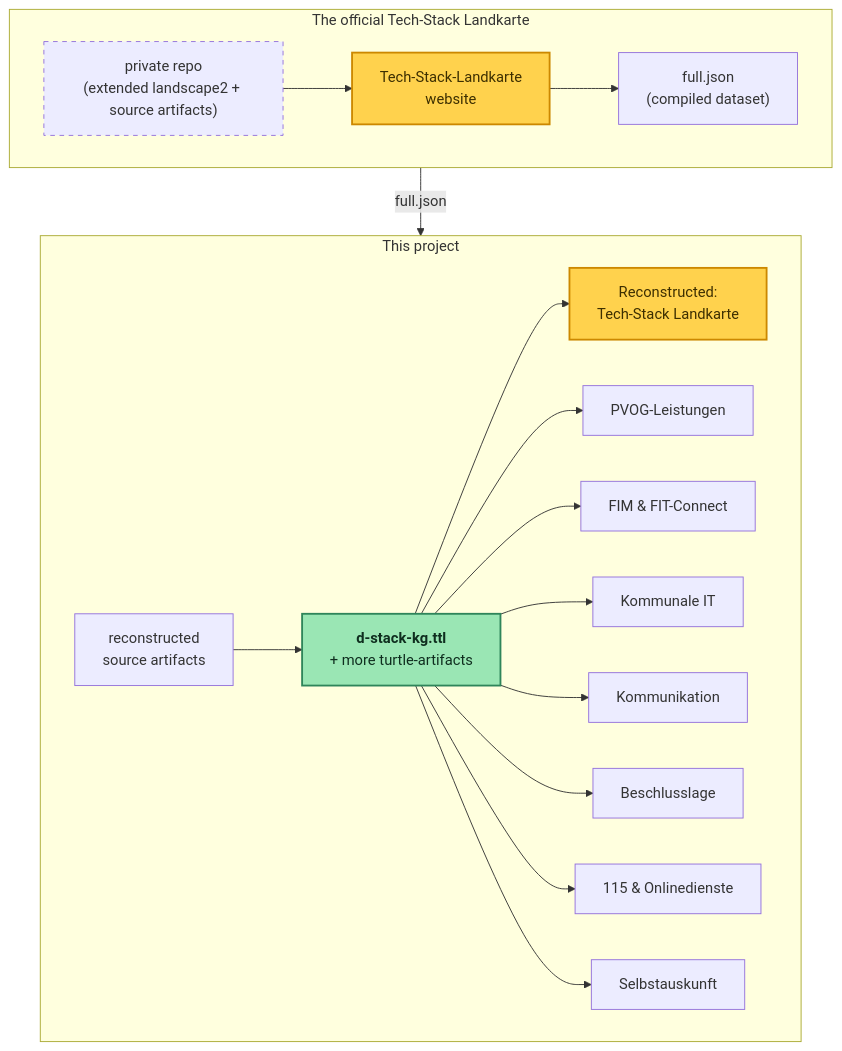
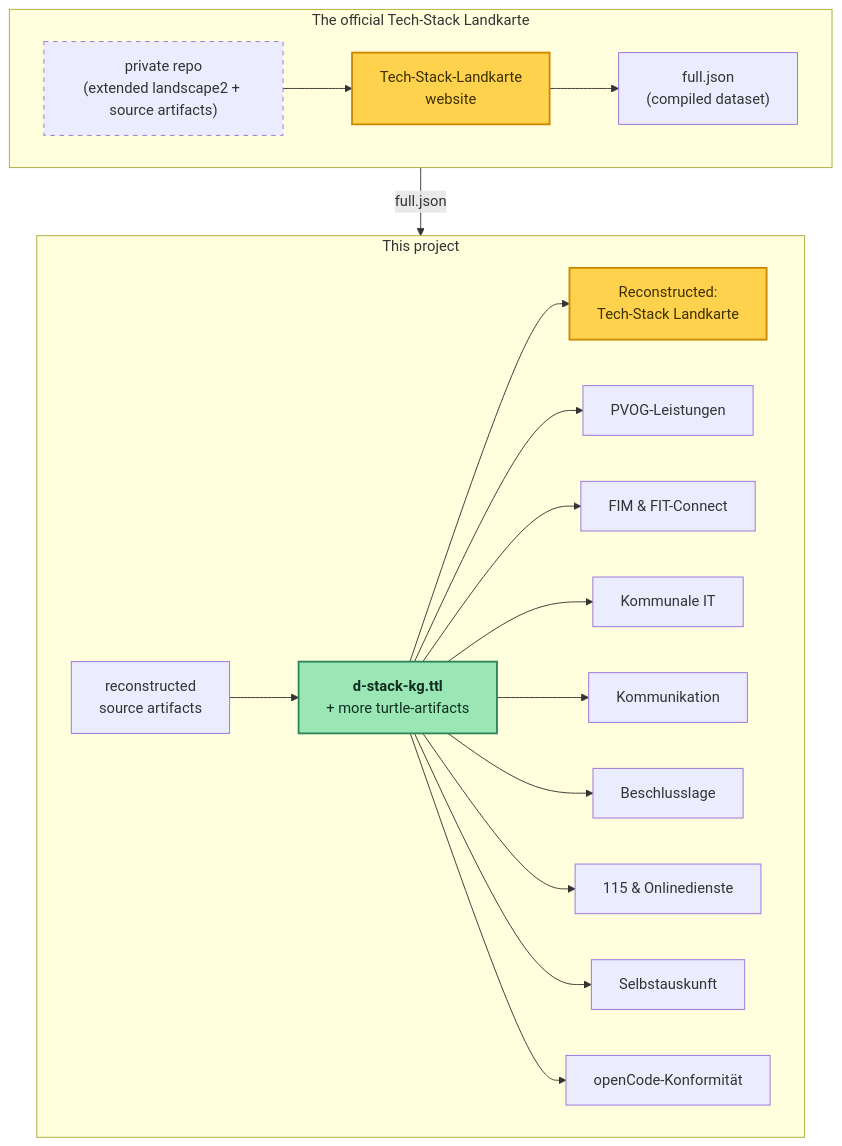
One commit to benjaminaaron/d-stack-kg changed the diagram in README.md. Above: the diagram before and after it, drawn with Mermaid. The commit also changed other lines of this file and 16 other files, not shown here.

````diff
--- a/README.md
+++ b/README.md
@@ -26,28 +26,29 @@
 ```mermaid
     flowchart TB
     subgraph sq ["The official Tech-Stack Landkarte"]
         direction LR
         repo["private repo<br/>(extended landscape2 + source artifacts)"] --> site["Tech-Stack-Landkarte<br/>website"] --> json["full.json<br/>(compiled dataset)"]
     end
     subgraph kg ["This project"]
         direction LR
         yml["reconstructed<br/>source artifacts"] --> dstack["<b>d-stack-kg.ttl</b><br/>+ more turtle-artifacts"]
         dstack --> roundtrip["Reconstructed:</br>Tech-Stack Landkarte"]
         dstack --> leistungen["PVOG-Leistungen"]
         dstack --> fachdaten["FIM &amp; FIT-Connect"]
         dstack --> kommune["Kommunale IT"]
         dstack --> komm["Kommunikation"]
         dstack --> beschluss["Beschlusslage"]
         dstack --> n115["115 &amp; Onlinedienste"]
         dstack --> selbstauskunft["Selbstauskunft"]
+        dstack --> konformitaet["openCode-Konformität"]
     end
     sq -- "full.json" --> kg
 
     classDef private stroke-dasharray:5 5
     classDef key fill:#ffd24d,stroke:#cc8800,color:#3d2f00,stroke-width:2px
     classDef goal fill:#9ae6b4,stroke:#2f855a,color:#0f2e1f,stroke-width:2px
     class repo private
     class site key
     class roundtrip key
     class dstack goal
 ```
````
